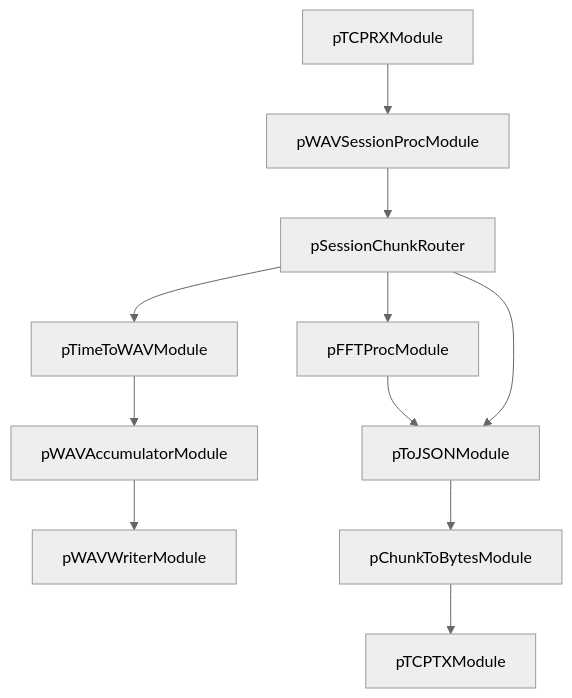
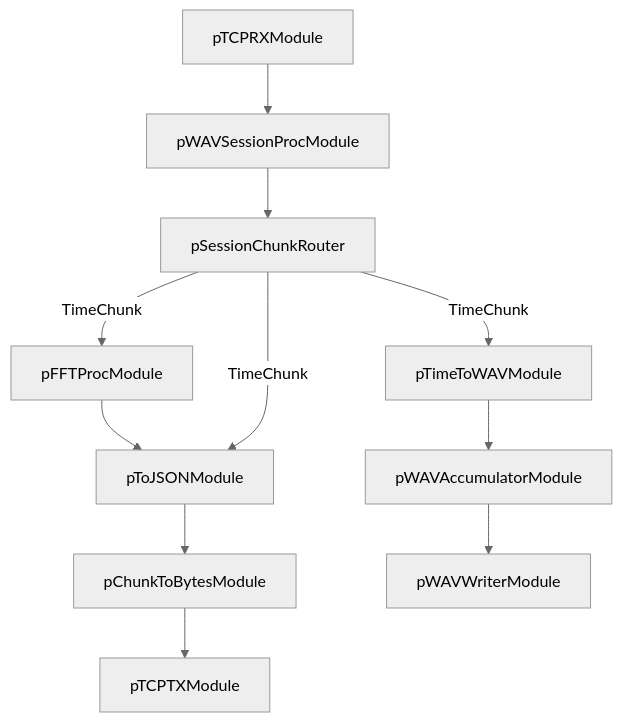
The diagram in README.md (Sense-Scape/Proc_Serv), drawn with Mermaid (neutral theme) before and after one commit.

Commit message:
Chore: Updating diagram

````diff
--- a/README.md
+++ b/README.md
@@ -17,13 +17,13 @@
 ``` mermaid 
 graph TD; 
   pTCPRXModule-->pWAVSessionProcModule
   pWAVSessionProcModule-->pSessionChunkRouter
   pFFTProcModule-->pToJSONModule
-  pTimeToWAVModule-->pWAVAccumulatorModule
-  pWAVAccumulatorModule-->pWAVWriterModule
   pToJSONModule-->pChunkToBytesModule
   pChunkToBytesModule-->pTCPTXModule
-  pSessionChunkRouter-->pTimeToWAVModule
-  pSessionChunkRouter-->pToJSONModule
-  pSessionChunkRouter-->pFFTProcModule
+  	pTimeToWAVModule-->pWAVAccumulatorModule
+  	pWAVAccumulatorModule-->pWAVWriterModule
+  pSessionChunkRouter-- TimeChunk -->pToJSONModule
+  pSessionChunkRouter-- TimeChunk -->pFFTProcModule
+  	pSessionChunkRouter-- TimeChunk -->pTimeToWAVModule
 ```
````
